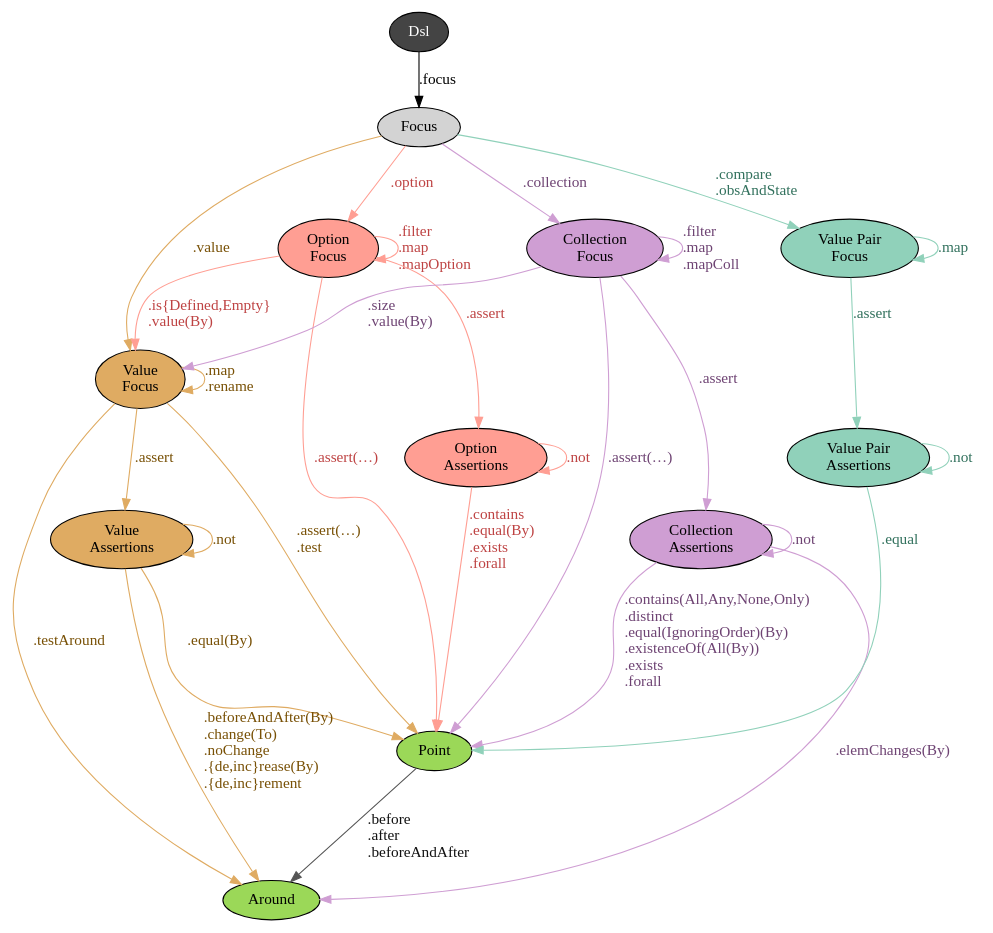
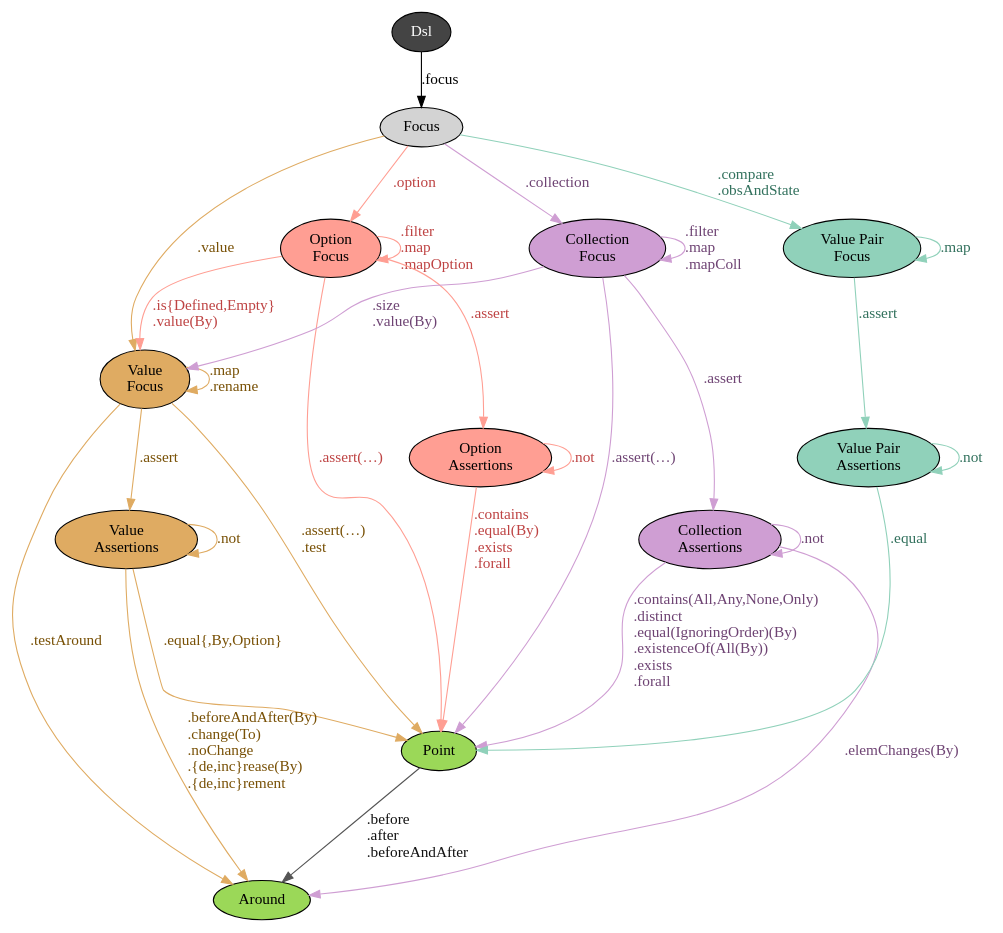
One commit to japgolly/test-state changed the diagram in doc/dsl-focus.gv. Above: the diagram before and after it, drawn with Graphviz. The commit also changed 2 other files, not shown here.

```diff
--- a/doc/dsl-focus.gv
+++ b/doc/dsl-focus.gv
@@ -1,83 +1,83 @@
 digraph G {
 node[style=filled]
 //edge[minlen=2]
 
 root [fillcolor="#444444" fontcolor=white label="Dsl"]
 
 {
 node[fillcolor="#9BD858"] edge[color="#9BD858" fontcolor="#377700"]
 Point  [label="Point"]
 Around [label="Around"]
 Point -> Around [color="#555555" fontcolor="#111111" label=".before\l.after\l.beforeAndAfter\l"]
 }
 
 // root -> focus,transformer
 // root -> emptyPlan,emptyTest
 
 /*
 root -> Action [label=".chooseAction(Attempt)\l.emptyAction\l.print\l"]
 root -> Around [label=".around\l.chooseAround(Attempt)\l.emptyAround\l.testAround\l"]
 root -> Point  [label=".choosePoint(Attempt)\l.point\l.test\l"]
 root -> Invariant [label=".chooseInvariant(Attempt)\l.emptyInvariant\l"]
 
 root -> action [label=".action"]
 action -> Action [label=".apply\l.attempt\l.update(By)\l.full\l"]
 */
 
 
 // node[style=filled fillcolor="#ffcccc"]
 // edge[color="#bb8888" fontcolor="#772222"]
 
 root -> Focus [label=".focus\l"]
 
 node[fillcolor="#DFAB62"] edge[color="#DFAB62" fontcolor="#785005"]
 FocusValue [label="Value\nFocus"]
 FocusValueAO [label="Value\nAssertions"]
 Focus        -> FocusValue   [label=".value\l"]
 FocusValue   -> FocusValue   [label=".map\l.rename\l"]
 FocusValue   -> FocusValueAO [label=".assert\l"]
 FocusValueAO -> FocusValueAO [label=".not\l"]
 FocusValue   -> Point        [label=".assert(…)\l.test\l"]
-FocusValueAO -> Point        [label=".equal(By)\l"]
+FocusValueAO -> Point        [label=".equal{,By,Option}\l"]
 FocusValue   -> Around       [label=".testAround\l"]
 FocusValueAO -> Around       [label=".beforeAndAfter(By)\l.change(To)\l.noChange\l.{de,inc}rease(By)\l.{de,inc}rement\l"]
 
 node[fillcolor="#FF9E93"] edge[color="#FF9E93" fontcolor="#be4343"]
 FocusOption [label="Option\nFocus"]
 FocusOptionAO [label="Option\nAssertions"]
 Focus         -> FocusOption   [label=".option\l"]
 FocusOption   -> FocusOption   [label=".filter\l.map\l.mapOption\l"]
 FocusOption   -> FocusOptionAO [label=".assert\l"]
 FocusOption   -> FocusValue    [label=".is{Defined,Empty}\l.value(By)\l"]
 FocusOptionAO -> FocusOptionAO [label=".not\l"]
 FocusOption   -> Point         [label=".assert(…)\l"]
 FocusOptionAO -> Point         [label=".contains\l.equal(By)\l.exists\l.forall\l"]
 
 node[fillcolor="#CF9ED3"] edge[color="#CF9ED3" fontcolor="#6e4373"]
 FocusColl [label="Collection\nFocus"]
 FocusCollAO [label="Collection\nAssertions"]
 Focus       -> FocusColl   [label=".collection\l"]
 FocusColl   -> FocusColl   [label=".filter\l.map\l.mapColl\l"]
 FocusColl   -> FocusCollAO [label=".assert\l"]
 FocusColl   -> FocusValue  [label=".size\l.value(By)\l"]
 FocusCollAO -> FocusCollAO [label=".not\l"]
 FocusColl   -> Point       [label=".assert(…)\l"]
 FocusCollAO -> Point       [label=".contains(All,Any,None,Only)\l.distinct\l.equal(IgnoringOrder)(By)\l.existenceOf(All(By))\l.exists\l.forall\l"]
 FocusCollAO -> Around      [label=".elemChanges(By)\l"]
 
 node[fillcolor="#90D1BA"] edge[color="#90D1BA" fontcolor="#32715d"]
 BiFocus [label="Value Pair\nFocus"]
 BiFocusAO [label="Value Pair\nAssertions"]
 Focus       -> BiFocus     [label=".compare\l.obsAndState\l"]
 BiFocus     -> BiFocus     [label=".map\l"]
 BiFocus     -> BiFocusAO   [label=".assert\l"]
 BiFocusAO   -> BiFocusAO   [label=".not\l"]
 BiFocusAO   -> Point       [label=".equal\l"]
 /*
 ObsAndState [label="Value Pair\nFocus"]
 Focus       -> ObsAndState [label=".obsAndState\l"]
 ObsAndState -> ObsAndState [label=".map\l"]
 ObsAndState -> BiFocus     [style=dashed label="<extends>"]
 ObsAndState -> FocusValue  [label=".obs\l.state\l"]
 */
 }
```
